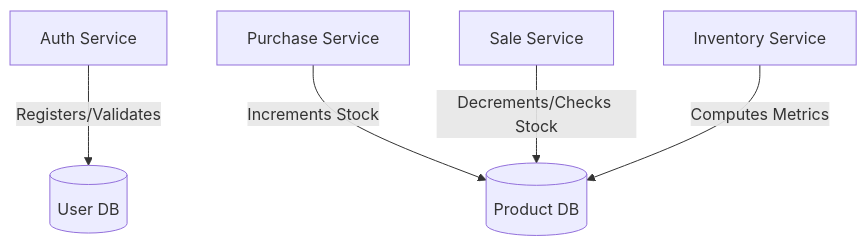
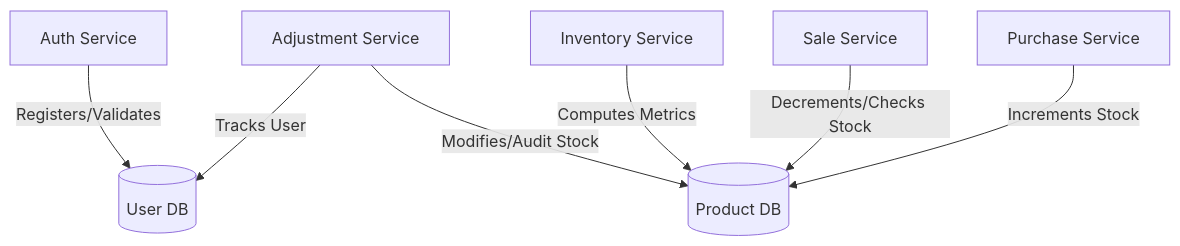
Before and after one commit to gichinga03/GreenHarvest: the diagram in README.md, drawn with Mermaid. The commit also changed other lines of this file, not shown here.

````diff
--- a/README.md
+++ b/README.md
@@ -20,8 +21,10 @@
 ```mermaid
 graph TD
     AuthModule[Auth Service] -->|Registers/Validates| UserEntity[(User DB)]
     PurchaseModule[Purchase Service] -->|Increments Stock| ProductEntity[(Product DB)]
     SaleModule[Sale Service] -->|Decrements/Checks Stock| ProductEntity
+    AdjustmentModule[Adjustment Service] -->|Modifies/Audit Stock| ProductEntity
+    AdjustmentModule -->|Tracks User| UserEntity
     InventoryModule[Inventory Service] -->|Computes Metrics| ProductEntity
 
 ```
````
